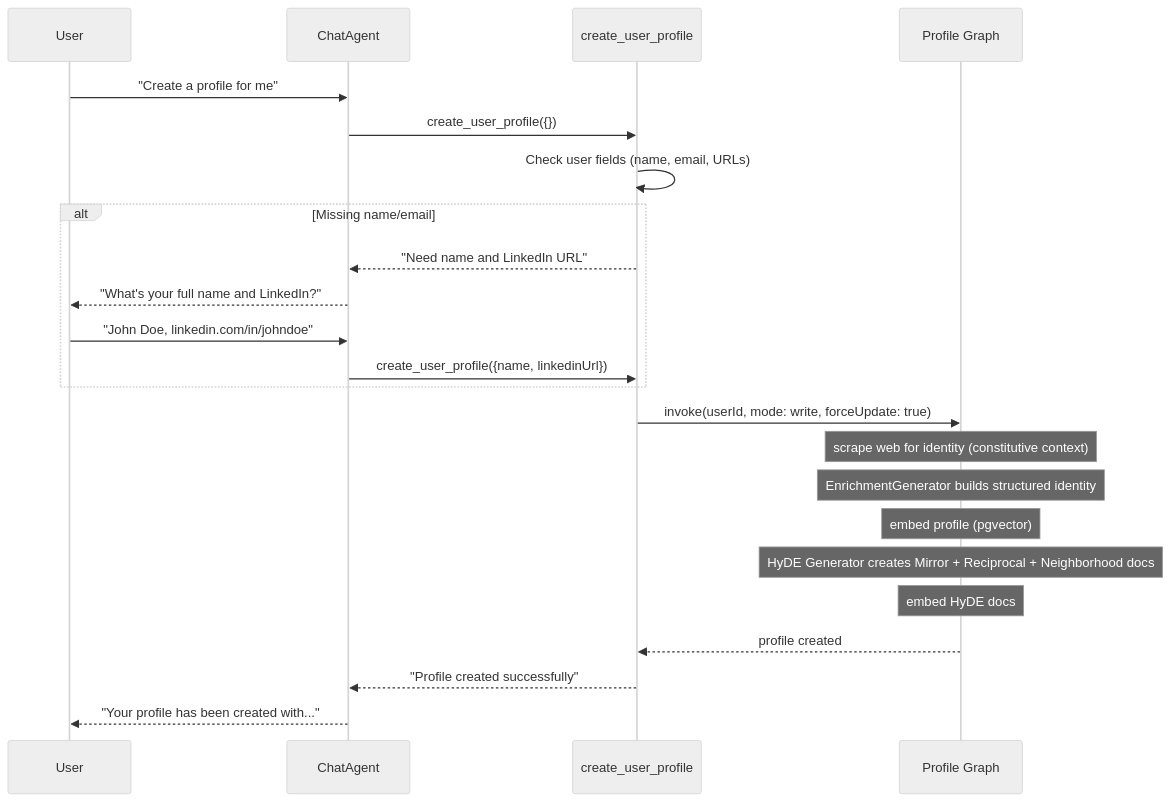
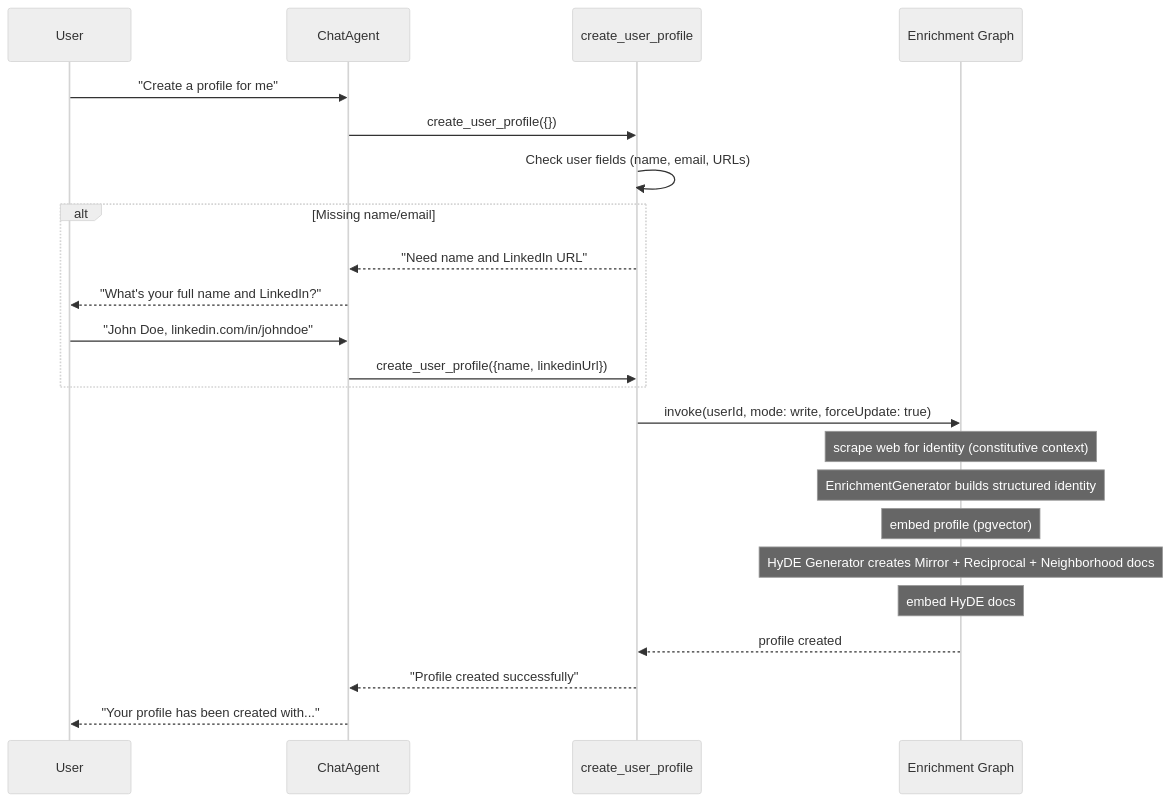
One commit to indexnetwork/index changed the third of 5 diagrams in packages/protocol/src/README.md. Above: the diagram before and after it, drawn with Mermaid (neutral theme). The commit also changed other lines of this file and 40 other files, not shown here.

````diff
--- a/packages/protocol/src/README.md
+++ b/packages/protocol/src/README.md
@@ -214,26 +214,26 @@
 ```mermaid
 sequenceDiagram
     participant User
     participant Agent as ChatAgent
     participant PT as create_user_profile
-    participant PG as Profile Graph
+    participant PG as Enrichment Graph
 
     User->>Agent: "Create a profile for me"
     Agent->>PT: create_user_profile({})
     PT->>PT: Check user fields (name, email, URLs)
     alt Missing name/email
         PT-->>Agent: "Need name and LinkedIn URL"
         Agent-->>User: "What's your full name and LinkedIn?"
         User->>Agent: "John Doe, linkedin.com/in/johndoe"
         Agent->>PT: create_user_profile({name, linkedinUrl})
     end
     PT->>PG: invoke(userId, mode: write, forceUpdate: true)
     Note over PG: scrape web for identity (constitutive context)
     Note over PG: EnrichmentGenerator builds structured identity
     Note over PG: embed profile (pgvector)
     Note over PG: HyDE Generator creates Mirror + Reciprocal + Neighborhood docs
     Note over PG: embed HyDE docs
     PG-->>PT: profile created
     PT-->>Agent: "Profile created successfully"
     Agent-->>User: "Your profile has been created with..."
 ```
````
